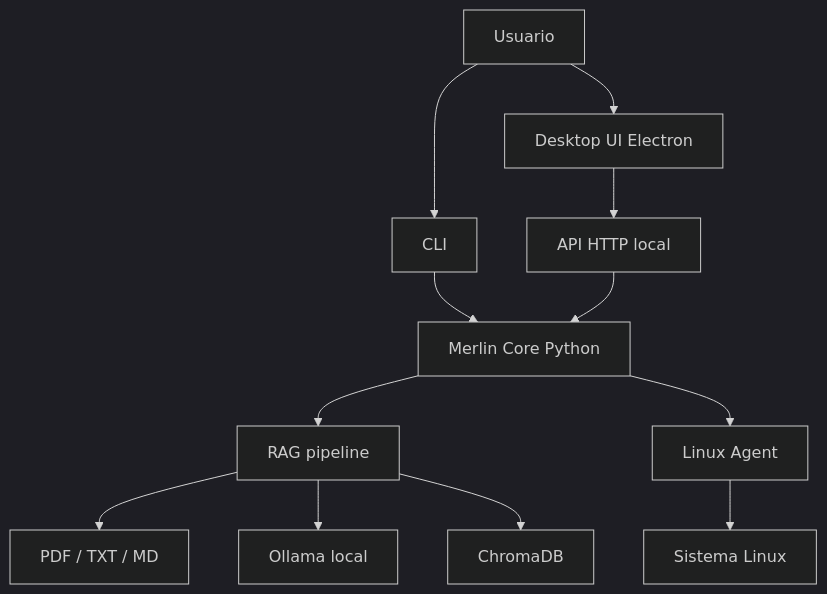
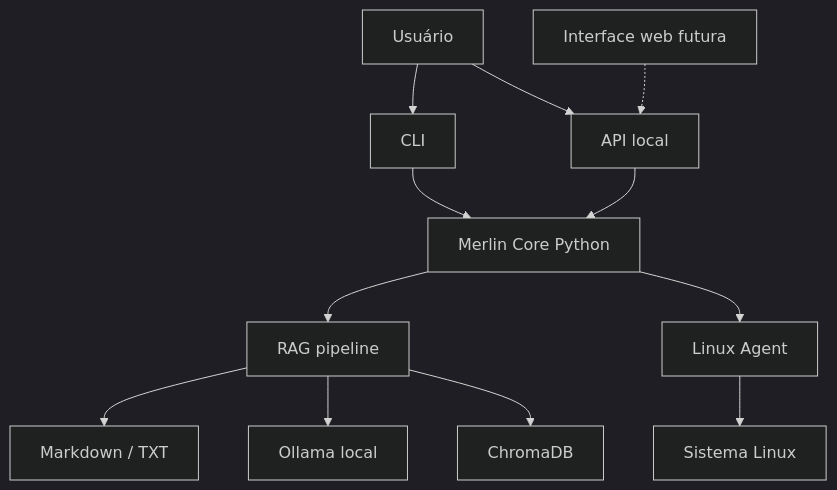
Before and after one commit to N1ghthill/merlin-ia: the diagram in README.md, drawn with Mermaid (dark theme). The commit also changed other lines of this file and 20 other files, not shown here.

````diff
--- a/README.md
+++ b/README.md
@@ -38,14 +28,14 @@
 ```mermaid
 flowchart TD
-    U[Usuario] --> CLI[CLI]
-    U --> UI[Desktop UI Electron]
-    UI --> API[API HTTP local]
+    U[Usuário] --> CLI[CLI]
+    U --> API[API local]
+    WEB[Interface web futura] -.-> API
     CLI --> CORE[Merlin Core Python]
     API --> CORE
     CORE --> RAG[RAG pipeline]
     CORE --> AGENT[Linux Agent]
-    RAG --> DOCS[PDF / TXT / MD]
+    RAG --> DOCS[Markdown / TXT]
     RAG --> OLLAMA[Ollama local]
     RAG --> CHROMA[ChromaDB]
     AGENT --> OS[Sistema Linux]
 ```
````
